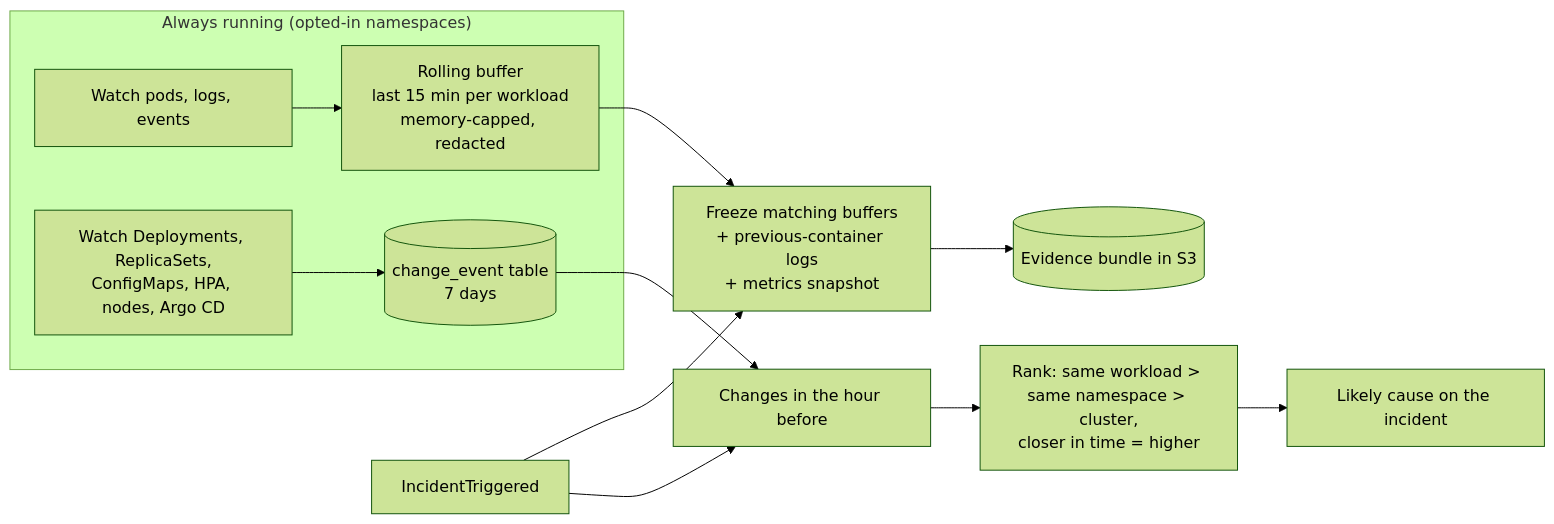
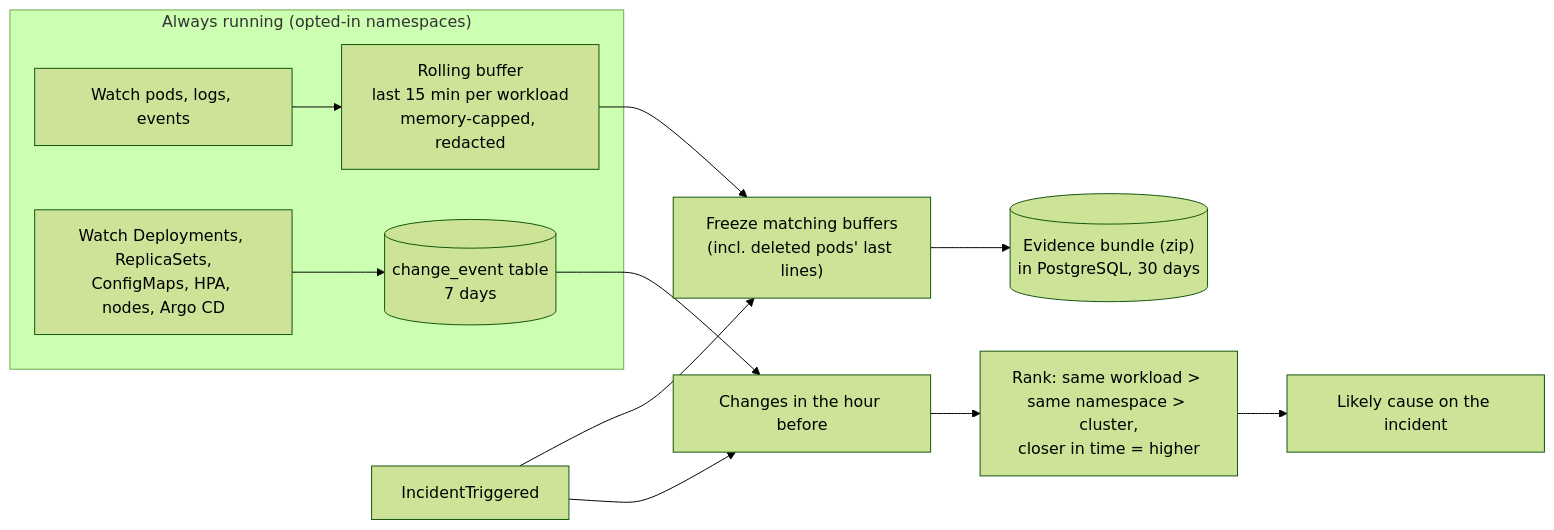
One commit to Yohan-Senadheera/pagerewind changed the fifth of 6 diagrams in docs/architecture.md. Above: the diagram before and after it, drawn with Mermaid (forest theme). The commit also changed other lines of this file and 23 other files, not shown here.

````diff
--- a/docs/architecture.md
+++ b/docs/architecture.md
@@ -170,16 +168,16 @@
 ```mermaid
 flowchart LR
     subgraph Recording["Always running (opted-in namespaces)"]
         W["Watch pods, logs, events"] --> RB["Rolling buffer<br/>last 15 min per workload<br/>memory-capped, redacted"]
         C["Watch Deployments, ReplicaSets,<br/>ConfigMaps, HPA, nodes, Argo CD"] --> CE[("change_event table<br/>7 days")]
     end
 
-    ALERT["IncidentTriggered"] --> F["Freeze matching buffers<br/>+ previous-container logs<br/>+ metrics snapshot"]
+    ALERT["IncidentTriggered"] --> F["Freeze matching buffers<br/>(incl. deleted pods' last lines)"]
     RB --> F
-    F --> B[("Evidence bundle in S3")]
+    F --> B[("Evidence bundle (zip)<br/>in PostgreSQL, 30 days")]
 
     ALERT --> Q["Changes in the hour before"]
     CE --> Q
     Q --> RANK["Rank: same workload > same namespace > cluster,<br/>closer in time = higher"]
     RANK --> LC["Likely cause on the incident"]
 ```
````
